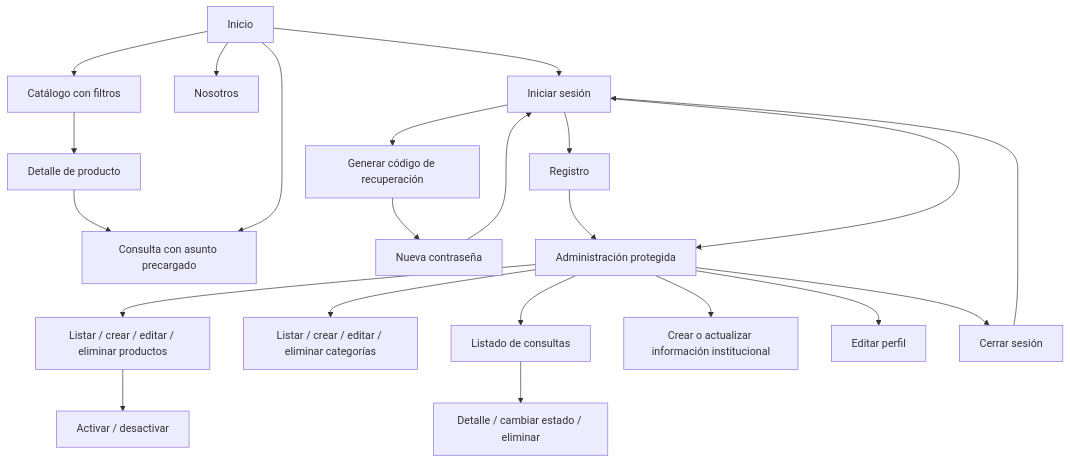
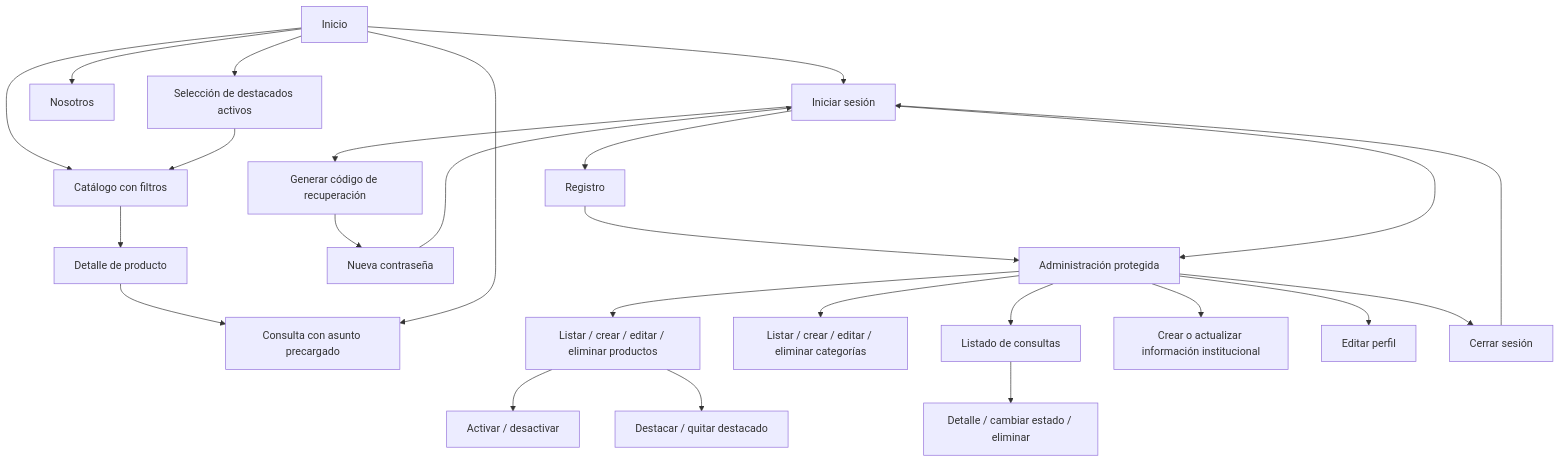
Before and after one commit to matiasalek/Aplicaciones-Interactivas-TPO-Frontend: the first of 2 diagrams in docs/ARQUITECTURA.md, drawn with Mermaid. The commit also changed other lines of this file and 15 other files, not shown here.

Commit message:
Agregar productos destacados y reforzar validaciones

````diff
--- a/docs/ARQUITECTURA.md
+++ b/docs/ARQUITECTURA.md
@@ -32,24 +33,27 @@
 ```mermaid
 flowchart TD
   Inicio --> Catalogo[Catálogo con filtros]
+  Inicio --> Destacados[Selección de destacados activos]
+  Destacados --> Catalogo
   Catalogo --> Detalle[Detalle de producto]
   Detalle --> Contacto[Consulta con asunto precargado]
   Inicio --> Nosotros
   Inicio --> Contacto
   Inicio --> Acceso[Iniciar sesión]
   Acceso --> Registro
   Acceso --> Recuperar[Generar código de recuperación]
   Recuperar --> Restablecer[Nueva contraseña]
   Restablecer --> Acceso
   Registro --> Admin[Administración protegida]
   Acceso --> Admin
   Admin --> Productos[Listar / crear / editar / eliminar productos]
   Productos --> Visibilidad[Activar / desactivar]
+  Productos --> Seleccion[Destacar / quitar destacado]
   Admin --> Categorias[Listar / crear / editar / eliminar categorías]
   Admin --> Consultas[Listado de consultas]
   Consultas --> Consulta[Detalle / cambiar estado / eliminar]
   Admin --> Comercio[Crear o actualizar información institucional]
   Admin --> Perfil[Editar perfil]
   Admin --> Cierre[Cerrar sesión]
   Cierre --> Acceso
 ```
````
